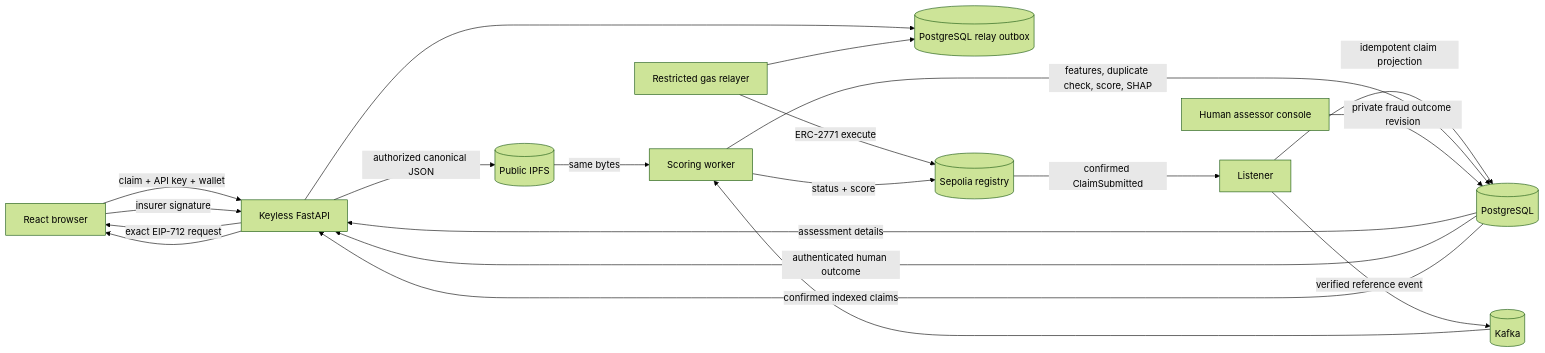
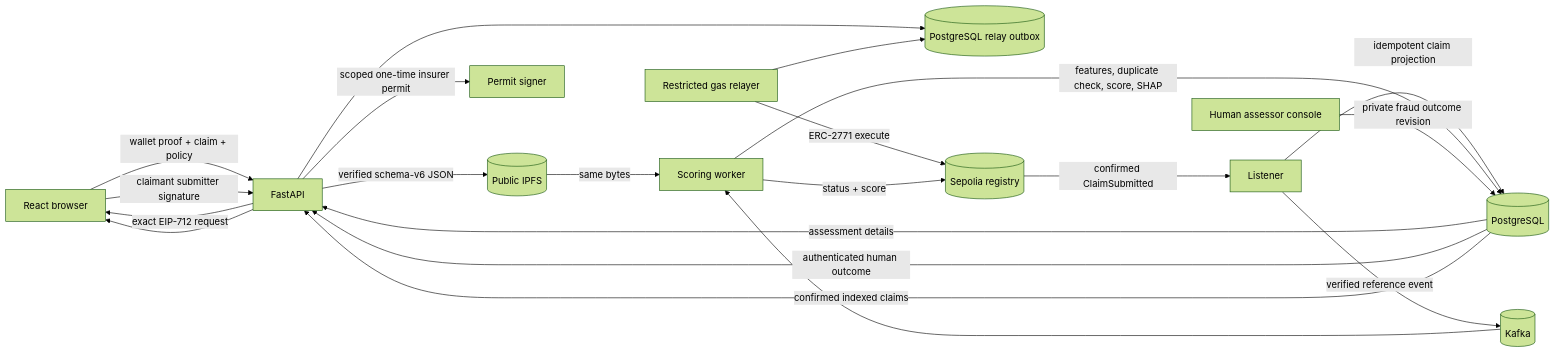
One commit to ganesh1997oli/Decentralized-Claims-Registry changed the first of 3 diagrams in README.md. Above: the diagram before and after it, drawn with Mermaid (forest theme). The commit also changed other lines of this file and 55 other files, not shown here.

Commit message:
Implement permit-backed public claim intake

````diff
--- a/README.md
+++ b/README.md
@@ -13,22 +13,23 @@
 ```mermaid
 flowchart LR
-    Browser["React browser"] -->|"claim + API key + wallet"| API["Keyless FastAPI"]
-    API -->|"authorized canonical JSON"| IPFS[("Public IPFS")]
+    Browser["React browser"] -->|"wallet proof + claim + policy"| API["FastAPI"]
+    API -->|"verified schema-v6 JSON"| IPFS[("Public IPFS")]
+    API -->|"scoped one-time insurer permit"| Permit["Permit signer"]
     API -->|"exact EIP-712 request"| Browser
-    Browser -->|"insurer signature"| API
+    Browser -->|"claimant submitter signature"| API
     API --> Outbox[("PostgreSQL relay outbox")]
     Relayer["Restricted gas relayer"] --> Outbox
     Relayer -->|"ERC-2771 execute"| Chain[("Sepolia registry")]
     Chain -->|"confirmed ClaimSubmitted"| Listener["Listener"]
     Listener -->|"idempotent claim projection"| Postgres[("PostgreSQL")]
     Listener -->|"verified reference event"| Kafka[("Kafka")]
     Kafka --> Worker["Scoring worker"]
     IPFS -->|"same bytes"| Worker
     Worker -->|"features, duplicate check, score, SHAP"| Postgres
     Worker -->|"status + score"| Chain
     Assessor["Human assessor console"] -->|"private fraud outcome revision"| Postgres
     Postgres -->|"assessment details"| API
     Postgres -->|"authenticated human outcome"| API
     Postgres -->|"confirmed indexed claims"| API
     API --> Browser
 ```
````
